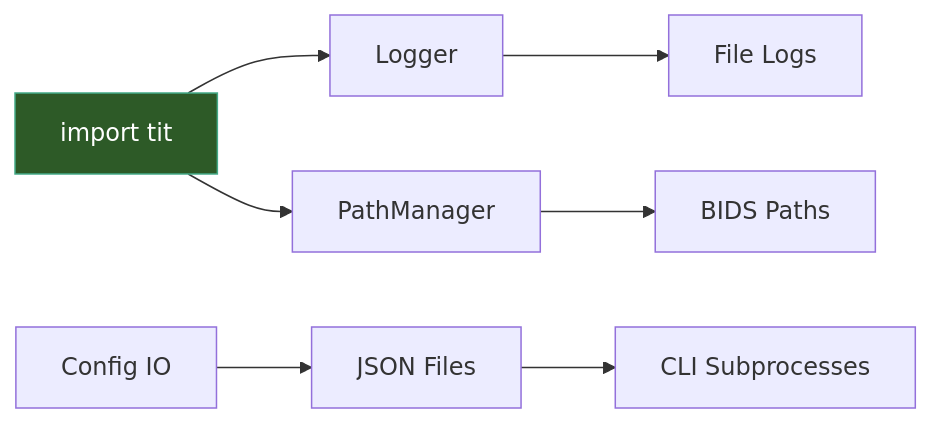
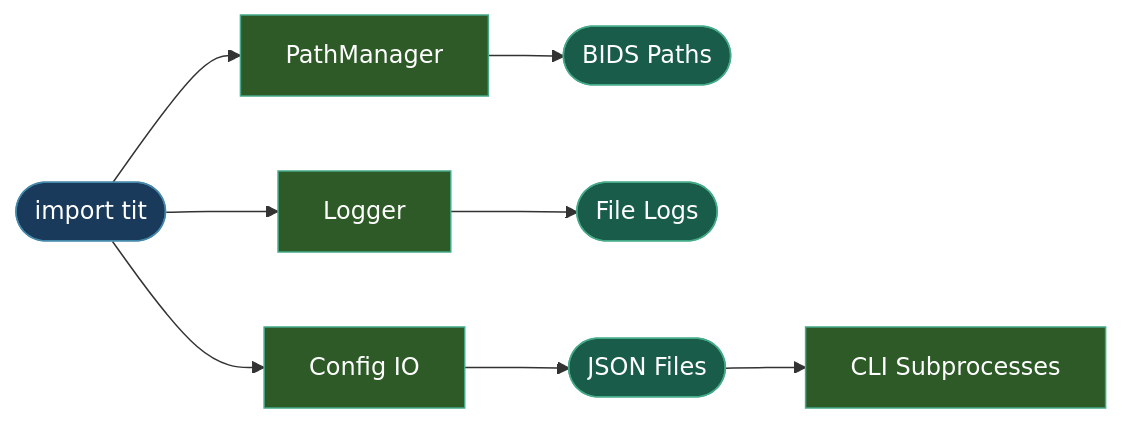
Before and after one commit to idossha/TI-Toolbox: the diagram in docs/api_mkdocs/docs/pipeline/core.md, drawn with Mermaid. The commit also changed 9 other files, not shown here.

First line of the commit message:
docs: standardize mermaid diagram color scheme, shapes, and I/O logic (#86)

````diff
--- a/docs/api_mkdocs/docs/pipeline/core.md
+++ b/docs/api_mkdocs/docs/pipeline/core.md
@@ -5,10 +5,18 @@
 ```mermaid
 graph LR
-    IMPORT["import tit"] --> LOG[Logger]
+    IMPORT(["import tit"]) --> LOG[Logger]
     IMPORT --> PM[PathManager]
-    PM --> PATHS[BIDS Paths]
-    LOG --> FILE[File Logs]
-    CONFIG[Config IO] --> JSON[JSON Files]
+    IMPORT --> CONFIG[Config IO]
+    PM --> PATHS([BIDS Paths])
+    LOG --> FILE([File Logs])
+    CONFIG --> JSON([JSON Files])
     JSON --> CLI[CLI Subprocesses]
-    style IMPORT fill:#2d5a27,stroke:#4a8,color:#fff
+    style IMPORT fill:#1a3a5c,stroke:#48a,color:#fff
+    style LOG fill:#2d5a27,stroke:#4a8,color:#fff
+    style PM fill:#2d5a27,stroke:#4a8,color:#fff
+    style CONFIG fill:#2d5a27,stroke:#4a8,color:#fff
+    style CLI fill:#2d5a27,stroke:#4a8,color:#fff
+    style PATHS fill:#1a5c4a,stroke:#4a8,color:#fff
+    style FILE fill:#1a5c4a,stroke:#4a8,color:#fff
+    style JSON fill:#1a5c4a,stroke:#4a8,color:#fff
 ```
````
